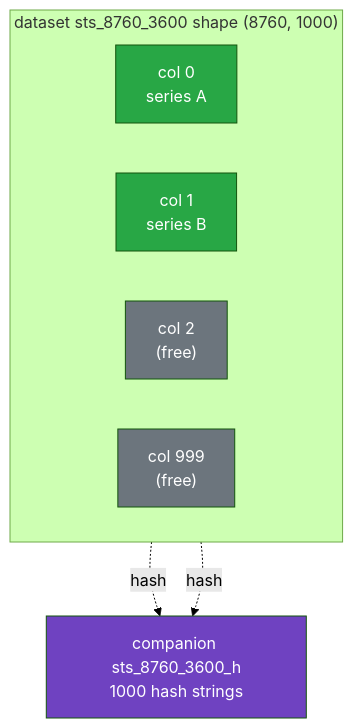
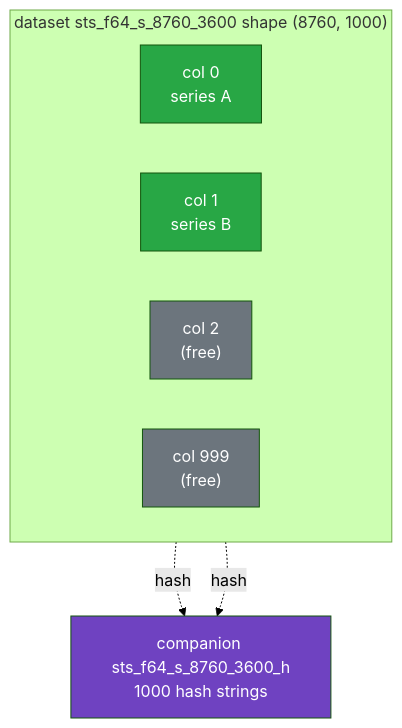
One commit to NatLabRockies/infrastore changed the first of 2 diagrams in docs/src/explanation/storage-model.md. Above: the diagram before and after it, drawn with Mermaid (forest theme). The commit also changed other lines of this file and 21 other files, not shown here.

````diff
--- a/docs/src/explanation/storage-model.md
+++ b/docs/src/explanation/storage-model.md
@@ -34,19 +37,19 @@
 ```mermaid
 flowchart TB
-    subgraph ds["dataset sts_8760_3600  shape (8760, 1000)"]
+    subgraph ds["dataset sts_f64_s_8760_3600  shape (8760, 1000)"]
         direction LR
         C0["col 0<br/>series A"]
         C1["col 1<br/>series B"]
         C2["col 2<br/>(free)"]
         CN["col 999<br/>(free)"]
     end
-    H["companion sts_8760_3600_h<br/>1000 hash strings"]
+    H["companion sts_f64_s_8760_3600_h<br/>1000 hash strings"]
     C0 -.hash.-> H
     C1 -.hash.-> H
 
     style C0 fill:#28a745,color:#fff
     style C1 fill:#28a745,color:#fff
     style C2 fill:#6c757d,color:#fff
     style CN fill:#6c757d,color:#fff
     style H fill:#6f42c1,color:#fff
 ```
````
